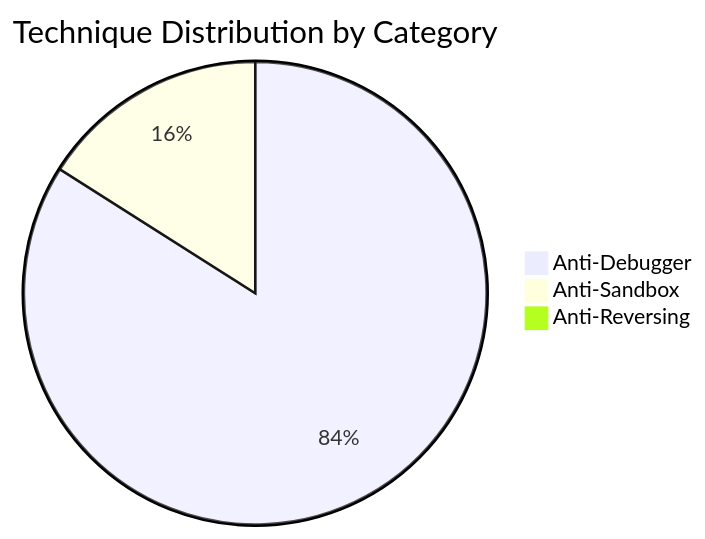
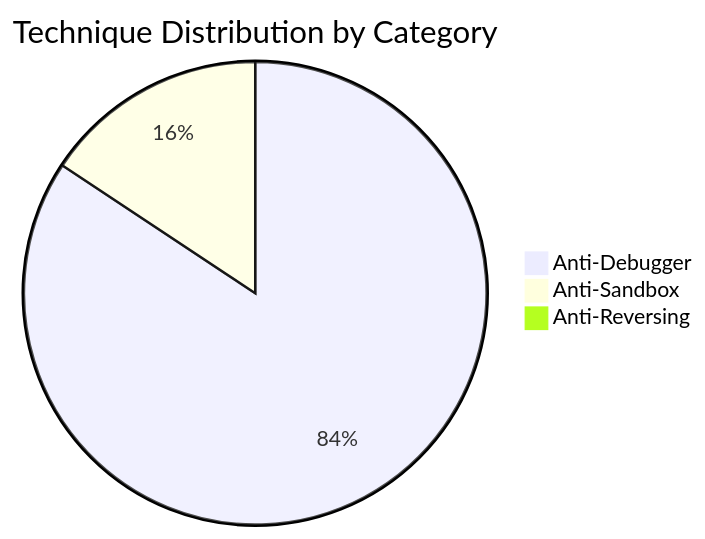
One commit to mabj/anti changed the second of 8 diagrams in docs/diagrams/taxonomy.md. Above: the diagram before and after it, drawn with Mermaid. The commit also changed other lines of this file and 8 other files, not shown here.

````diff
--- a/docs/diagrams/taxonomy.md
+++ b/docs/diagrams/taxonomy.md
@@ -34,6 +34,6 @@
 ```mermaid
 pie title Technique Distribution by Category
-    "Anti-Debugger" : 42
+    "Anti-Debugger" : 43
     "Anti-Sandbox" : 8
     "Anti-Reversing" : 0
 ```
````
